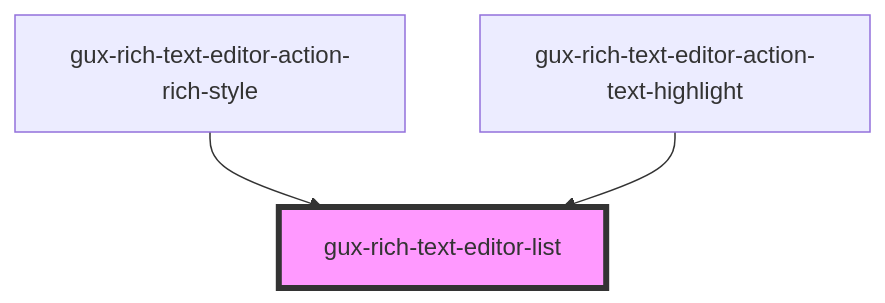
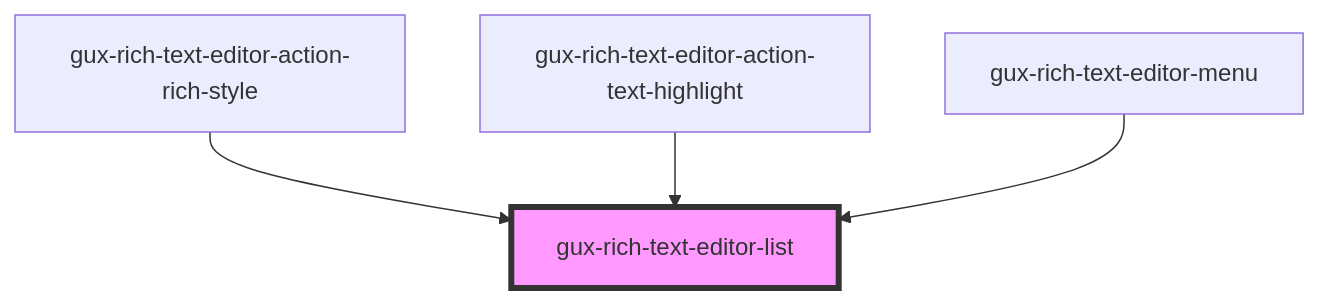
Before and after one commit to MyPureCloud/genesys-spark: the diagram in packages/genesys-spark-components/src/components/beta/gux-rich-text-editor/gux-rich-text-editor-list/readme.md, drawn with Mermaid. The commit also changed other lines of this file and 28 other files, not shown here.

First line of the commit message:
feat(rich-text-editor): addition of responsive design

````diff
--- a/packages/genesys-spark-components/src/components/beta/gux-rich-text-editor/gux-rich-text-editor-list/readme.md
+++ b/packages/genesys-spark-components/src/components/beta/gux-rich-text-editor/gux-rich-text-editor-list/readme.md
@@ -53,6 +54,7 @@
 ```mermaid
 graph TD;
   gux-rich-text-editor-action-rich-style --> gux-rich-text-editor-list
   gux-rich-text-editor-action-text-highlight --> gux-rich-text-editor-list
+  gux-rich-text-editor-menu --> gux-rich-text-editor-list
   style gux-rich-text-editor-list fill:#f9f,stroke:#333,stroke-width:4px
 ```
````
